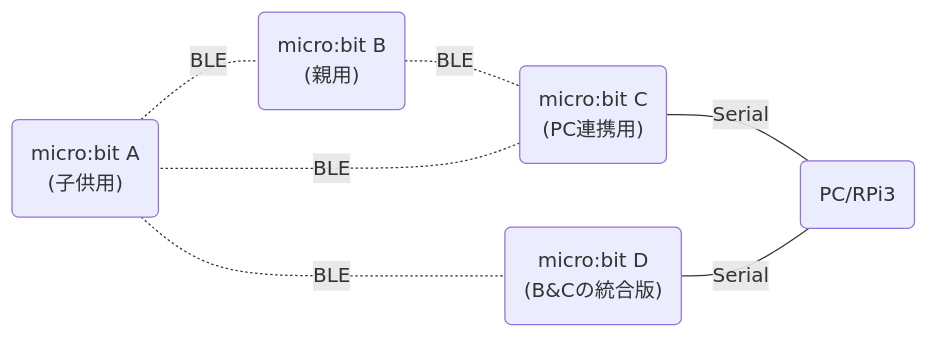
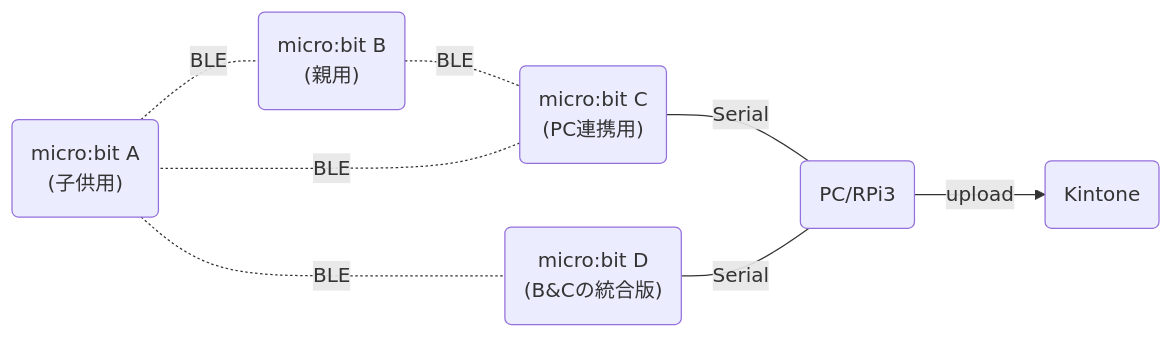
Before and after one commit to mkx76/microbit_prototype: the second of 2 diagrams in nh2019_jo/doc/README.md, drawn with Mermaid. The commit also changed other lines of this file, not shown here.

Commit message:
kintoneをシーケンス、構成図に追加

````diff
--- a/nh2019_jo/doc/README.md
+++ b/nh2019_jo/doc/README.md
@@ -21,15 +22,17 @@
 ```mermaid
 graph LR
   MA("micro:bit A<br />(子供用)")
   MB("micro:bit B<br />(親用)")
   MC("micro:bit C<br />(PC連携用)")
   MD("micro:bit D<br />(B&Cの統合版)")
   PC("PC/RPi3")
+  KT("Kintone")
 
   MA-.-|BLE|MB
   MB-.-|BLE|MC
   MC-.-|BLE|MA
   MC---|Serial|PC
   MA-.-|BLE|MD
   MD---|Serial|PC
+  PC-->|upload|KT
 ```
````
